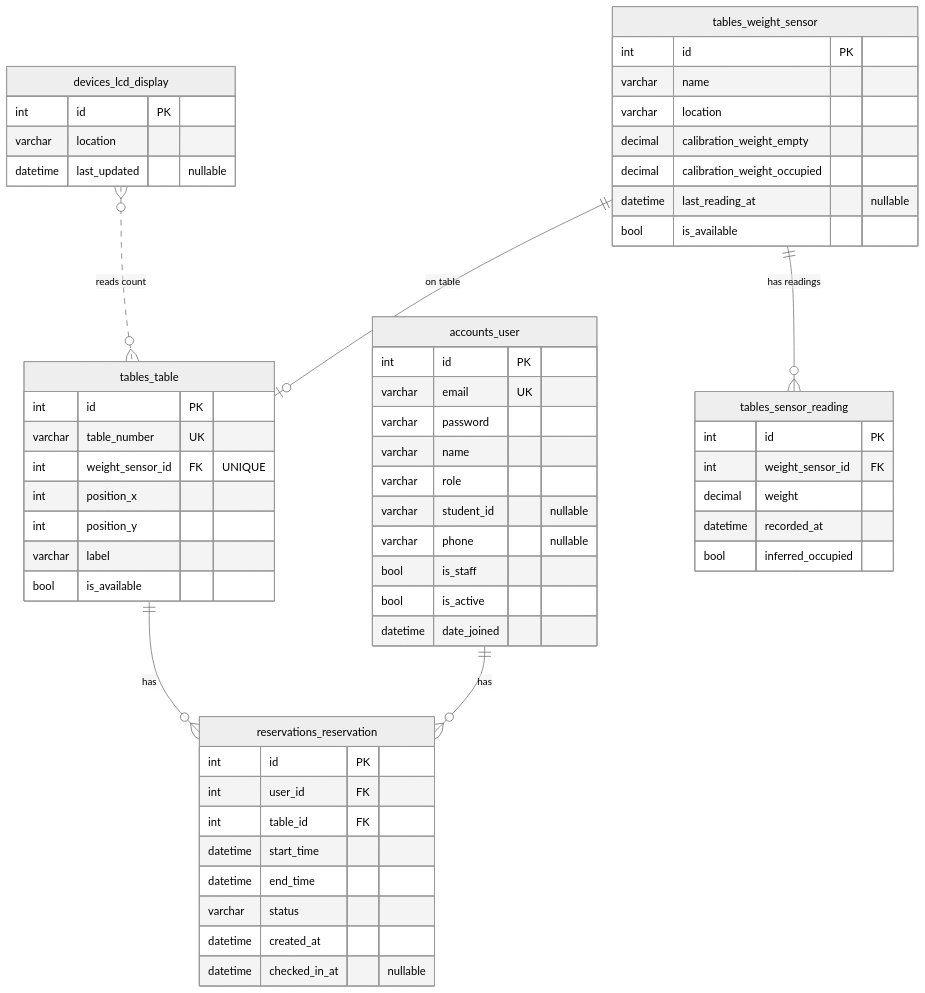
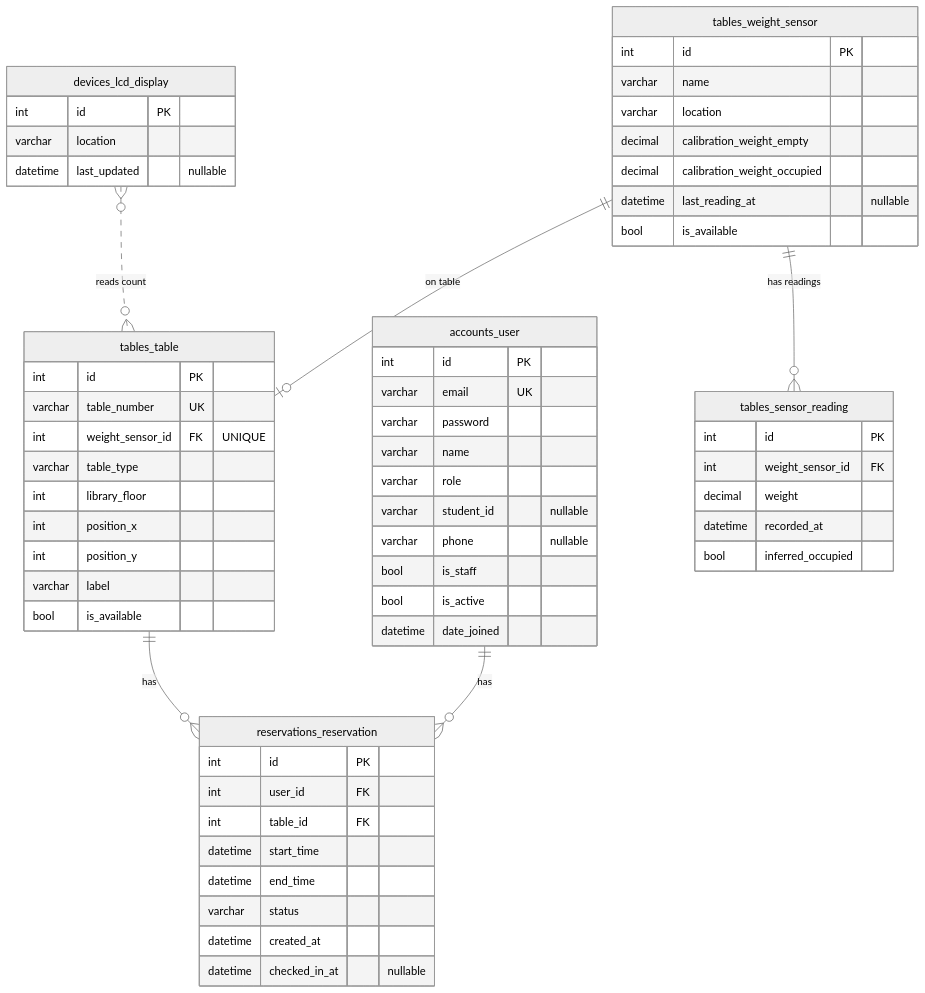
The first of 2 diagrams in docs/ERD.md (LinThitHtwe/Capstone_backend), drawn with Mermaid (neutral theme) before and after one commit. The commit also changed other lines of this file and 1 other file, not shown here.

````diff
--- a/docs/ERD.md
+++ b/docs/ERD.md
@@ -7,66 +7,68 @@
 ```mermaid
 erDiagram
     accounts_user ||--o{ reservations_reservation : "has"
     tables_table ||--o{ reservations_reservation : "has"
     tables_weight_sensor ||--o| tables_table : "on table"
     tables_weight_sensor ||--o{ tables_sensor_reading : "has readings"
     devices_lcd_display }o..o{ tables_table : "reads count"
 
     accounts_user {
         int id PK
         varchar email UK
         varchar password
         varchar name
         varchar role
         varchar student_id "nullable"
         varchar phone "nullable"
         bool is_staff
         bool is_active
         datetime date_joined
     }
 
     tables_weight_sensor {
         int id PK
         varchar name
         varchar location
         decimal calibration_weight_empty
         decimal calibration_weight_occupied
         datetime last_reading_at "nullable"
         bool is_available
     }
 
     tables_sensor_reading {
         int id PK
         int weight_sensor_id FK
         decimal weight
         datetime recorded_at
         bool inferred_occupied
     }
 
     tables_table {
         int id PK
         varchar table_number UK
         int weight_sensor_id FK "UNIQUE"
+        varchar table_type
+        int library_floor
         int position_x
         int position_y
         varchar label
         bool is_available
     }
 
     reservations_reservation {
         int id PK
         int user_id FK
         int table_id FK
         datetime start_time
         datetime end_time
         varchar status
         datetime created_at
         datetime checked_in_at "nullable"
     }
 
     devices_lcd_display {
         int id PK
         varchar location
         datetime last_updated "nullable"
     }
 ```
````
